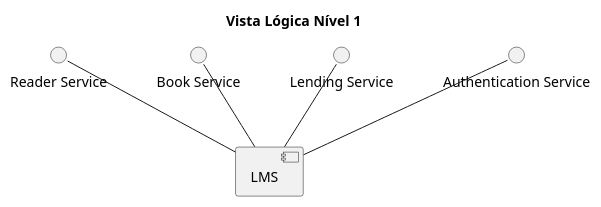
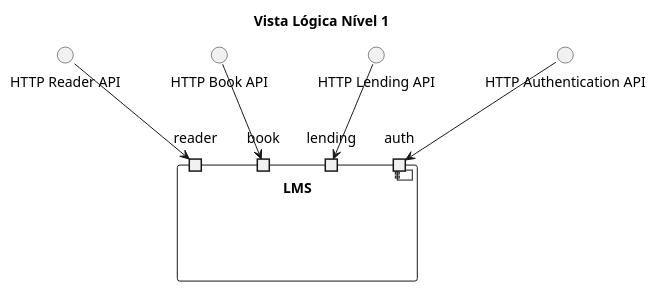
The diagram in LibraryAPI/docs/Vista lógica/Nivel1.puml (Guiigou/SIDIS_2024), drawn with PlantUML before and after one commit.

Commit message:
Atualização da Vista Fisica Nivel 1 | Concluido

```diff
--- a/LibraryAPI/docs/Vista lógica/Nivel1.puml
+++ b/LibraryAPI/docs/Vista lógica/Nivel1.puml
@@ -1,23 +1,26 @@
 @startuml
 ' https://plantuml.com/class-diagram
-
-hide circle
 
 title Vista Lógica Nível 1
 
 ' Definir o componente principal LMS
-component LMS
+component LMS {
+  portin reader
+  portin book
+  portin lending
+  portin auth
+}
 
-' Definir as "bolinhas" externas que representam os microserviços
-interface "Reader Service" as US
-interface "Book Service" as BS
-interface "Lending Service" as LS
-interface "Authentication Service" as AS
+' Definir os componentes dos microserviços
+interface "HTTP Reader API" as RS
+interface "HTTP Book API" as BS
+interface "HTTP Lending API" as LS
+interface "HTTP Authentication API" as AS
 
-' Colocar os microserviços em cima do LMS e conectá-los com linhas verticais retas para cima
-US -down- LMS
-BS -down- LMS
-LS -down- LMS
-AS -down- LMS
+' Conectar os microserviços às portas no componente LMS
+RS --> reader
+BS --> book
+LS --> lending
+AS --> auth
 
 @enduml
```
